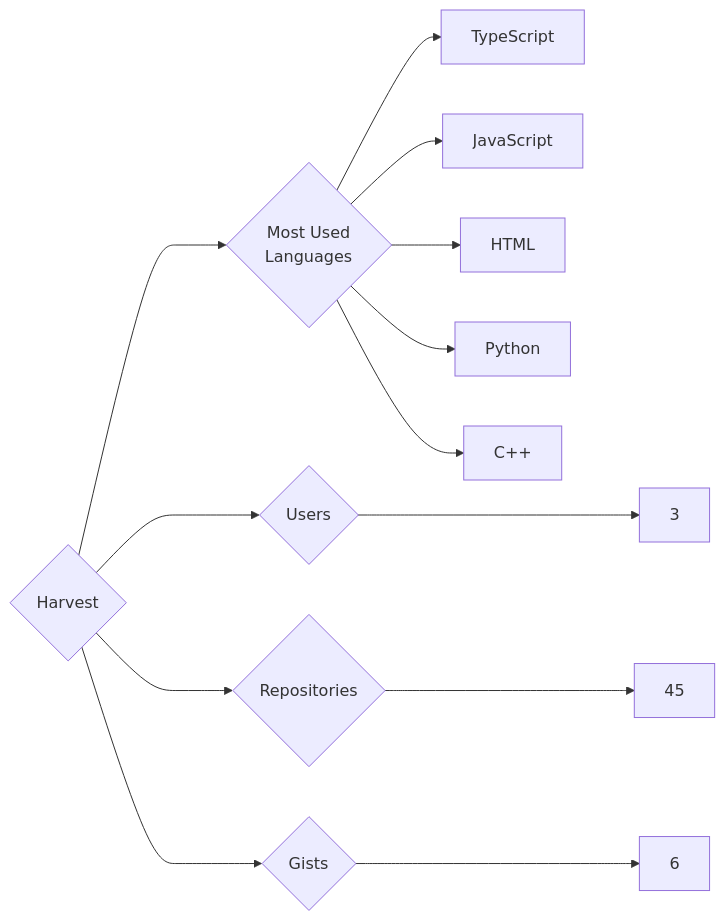
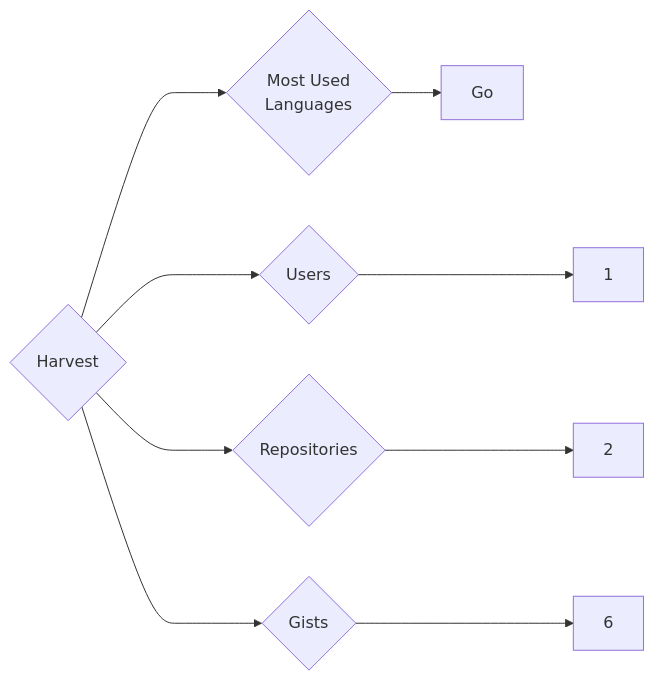
Before and after one commit to trickest/insiders: the diagram in targets/Harvest/README.md, drawn with Mermaid. The commit also changed 715 other files, not shown here.

````diff
--- a/targets/Harvest/README.md
+++ b/targets/Harvest/README.md
@@ -3,13 +3,9 @@
 ```mermaid
 graph LR
 COMPANY_NAME{Harvest}
-COMPANY_NAME ---> U{Users} ---> UN[3]
-COMPANY_NAME ---> R{Repositories} ---> RN[45]
+COMPANY_NAME ---> U{Users} ---> UN[1]
+COMPANY_NAME ---> R{Repositories} ---> RN[2]
 COMPANY_NAME ---> G{Gists} ---> GN[6]
 COMPANY_NAME ---> ML{Most Used<br>Languages}
-ML --> TypeScript[TypeScript]
-ML --> JavaScript[JavaScript]
-ML --> HTML[HTML]
-ML --> Python[Python]
-ML --> C++[C++]
+ML --> Go[Go]
 ```
````
